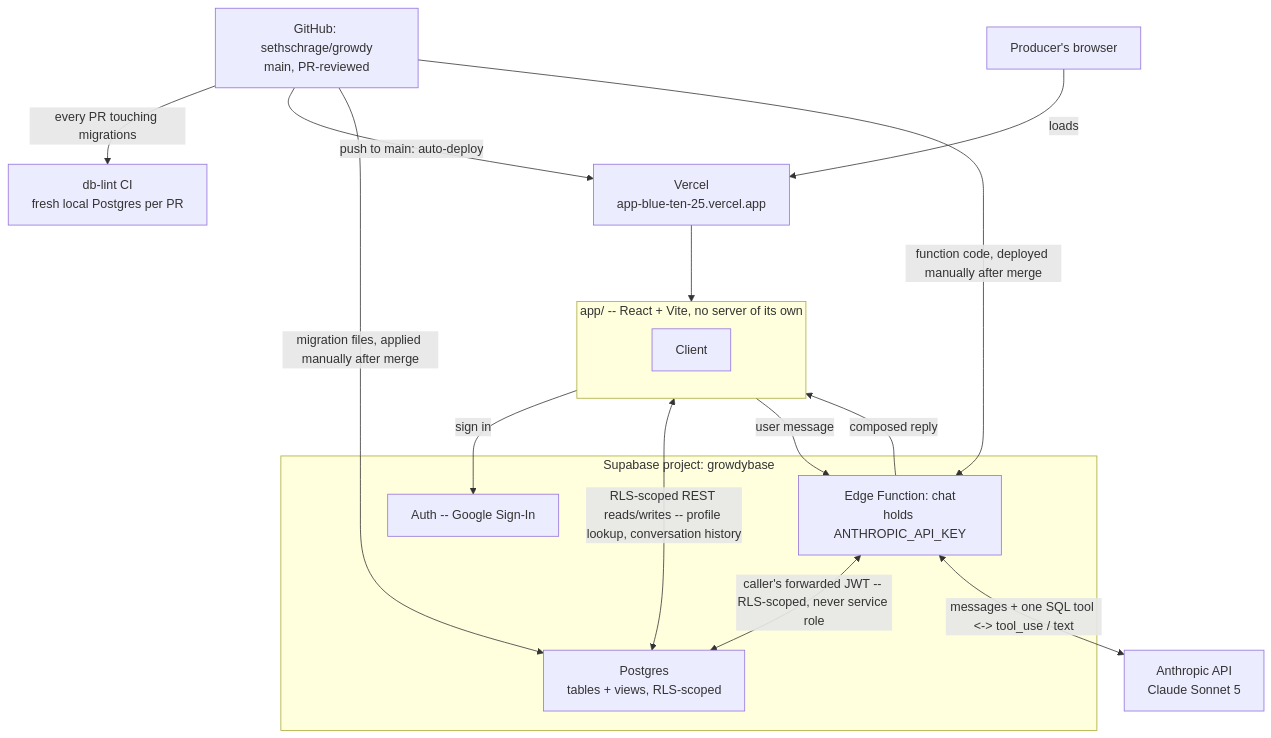
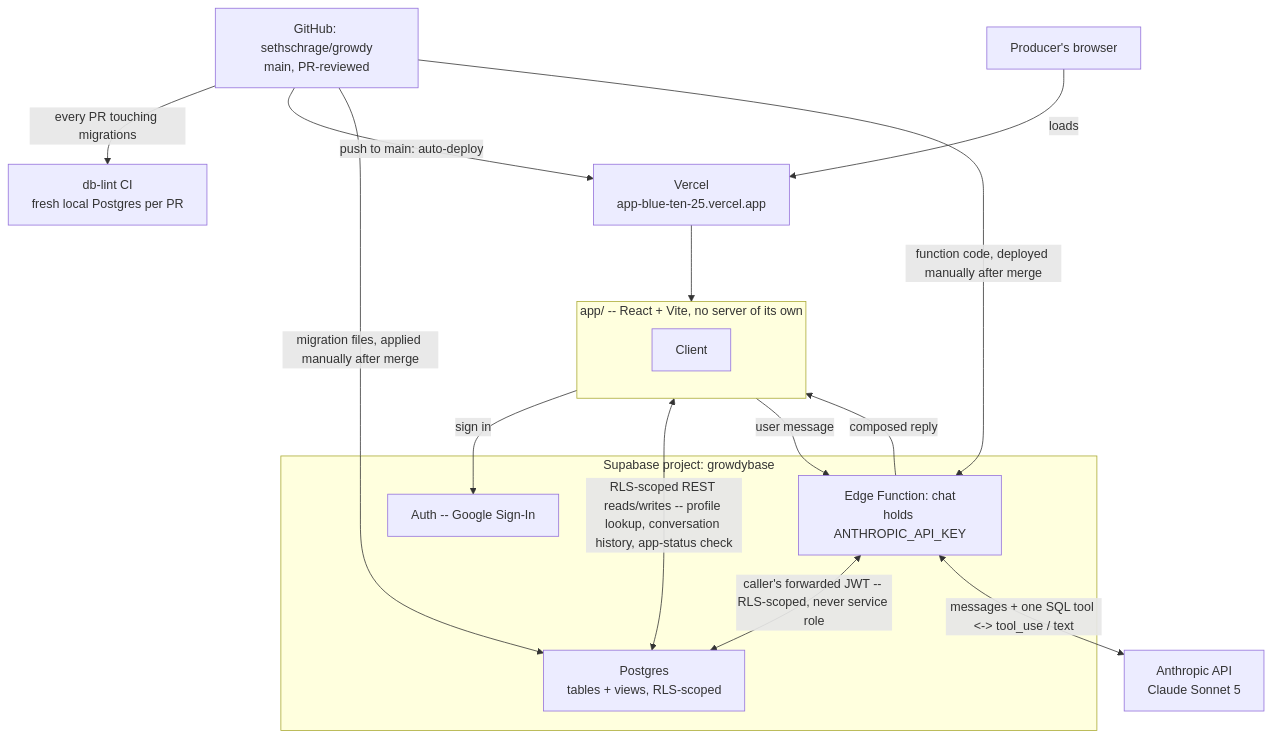
Before and after one commit to sethschrage/growdy: the first of 2 diagrams in docs/architecture.md, drawn with Mermaid. The commit also changed other lines of this file, not shown here.

First line of the commit message:
docs: reflect the app-status poll in the architecture diagram (#84)

````diff
--- a/docs/architecture.md
+++ b/docs/architecture.md
@@ -9,31 +9,31 @@
 ```mermaid
 flowchart TD
     GH["GitHub: sethschrage/growdy<br/>main, PR-reviewed"]
     CI["db-lint CI<br/>fresh local Postgres per PR"]
     Vercel["Vercel<br/>app-blue-ten-25.vercel.app"]
     Browser["Producer's browser"]
 
     GH -->|every PR touching migrations| CI
     GH -->|"push to main: auto-deploy"| Vercel
     Browser -->|loads| Vercel
 
     subgraph App["app/ -- React + Vite, no server of its own"]
         Client["Client"]
     end
     Vercel --> App
 
     subgraph Supabase["Supabase project: growdybase"]
         Auth["Auth -- Google Sign-In"]
         DB["Postgres<br/>tables + views, RLS-scoped"]
         EdgeFn["Edge Function: chat<br/>holds ANTHROPIC_API_KEY"]
     end
 
     GH -->|"migration files, applied manually after merge"| DB
     GH -->|"function code, deployed manually after merge"| EdgeFn
     App -->|sign in| Auth
-    App <-->|"RLS-scoped REST reads/writes -- profile lookup, conversation history"| DB
+    App <-->|"RLS-scoped REST reads/writes -- profile lookup, conversation history, app-status check"| DB
     App -->|"user message"| EdgeFn
     EdgeFn -->|"composed reply"| App
     EdgeFn <-->|"caller's forwarded JWT -- RLS-scoped, never service role"| DB
     EdgeFn <-->|"messages + one SQL tool <-> tool_use / text"| Anthropic["Anthropic API<br/>Claude Sonnet 5"]
 ```
````
